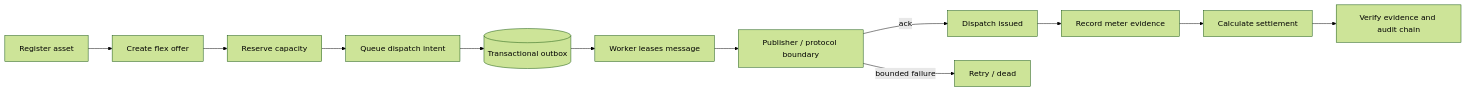
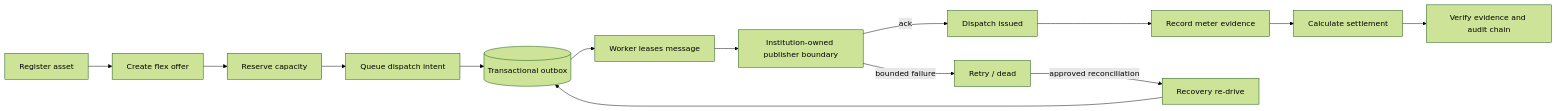
The first of 2 diagrams in README.md (bilgekayali/energy-flex-trust-platform), drawn with Mermaid (forest theme) before and after one commit. The commit also changed other lines of this file and 37 other files, not shown here.

````diff
--- a/README.md
+++ b/README.md
@@ -45,14 +51,16 @@
 ```mermaid
 flowchart LR
     A[Register asset] --> B[Create flex offer]
     B --> C[Reserve capacity]
     C --> D[Queue dispatch intent]
     D --> O[(Transactional outbox)]
     O --> W[Worker leases message]
-    W --> P[Publisher / protocol boundary]
+    W --> P[Institution-owned publisher boundary]
     P -->|ack| E[Dispatch issued]
     E --> M[Record meter evidence]
     M --> S[Calculate settlement]
     S --> V[Verify evidence and audit chain]
     P -->|bounded failure| R[Retry / dead]
+    R -->|approved reconciliation| X[Recovery re-drive]
+    X --> O
 ```
````
